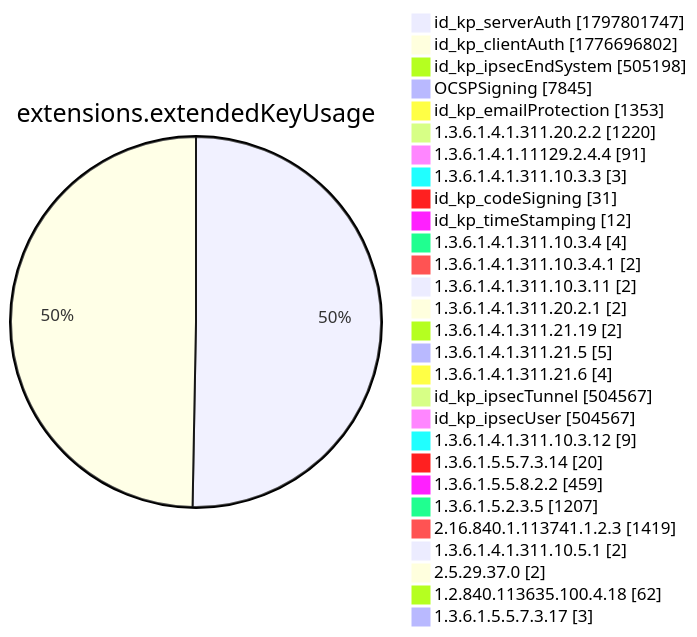
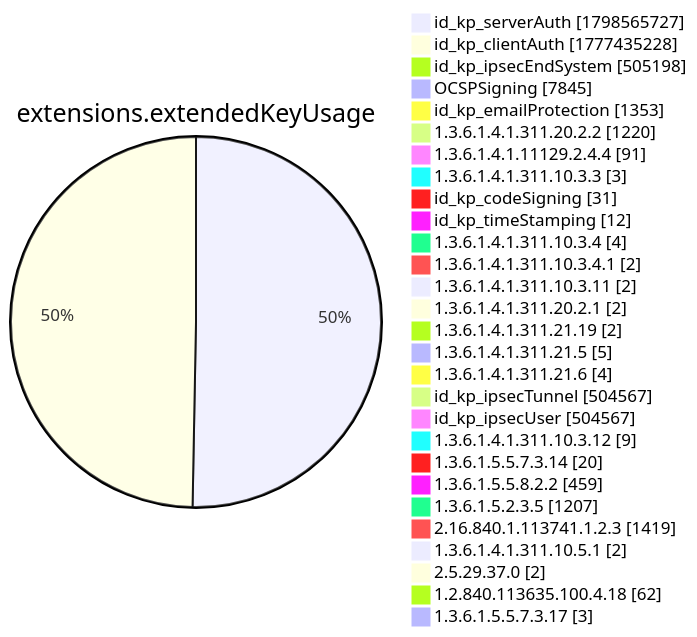
Diagram 12 of 15 in xenon2022/README.md (christiankrug/ctmonitor_visualization), drawn with Mermaid before and after one commit. The commit also changed other lines of this file, not shown here.

````diff
--- a/xenon2022/README.md
+++ b/xenon2022/README.md
@@ -3895,32 +3895,32 @@
 ```mermaid
 pie showData
 title extensions.extendedKeyUsage
-"id_kp_serverAuth" :1797801747
-"id_kp_clientAuth" :1776696802
+"id_kp_serverAuth" :1798565727
+"id_kp_clientAuth" :1777435228
 "id_kp_ipsecEndSystem" :505198
 "OCSPSigning" :7845
 "id_kp_emailProtection" :1353
 "1.3.6.1.4.1.311.20.2.2" :1220
 "1.3.6.1.4.1.11129.2.4.4" :91
 "1.3.6.1.4.1.311.10.3.3" :3
 "id_kp_codeSigning" :31
 "id_kp_timeStamping" :12
 "1.3.6.1.4.1.311.10.3.4" :4
 "1.3.6.1.4.1.311.10.3.4.1" :2
 "1.3.6.1.4.1.311.10.3.11" :2
 "1.3.6.1.4.1.311.20.2.1" :2
 "1.3.6.1.4.1.311.21.19" :2
 "1.3.6.1.4.1.311.21.5" :5
 "1.3.6.1.4.1.311.21.6" :4
 "id_kp_ipsecTunnel" :504567
 "id_kp_ipsecUser" :504567
 "1.3.6.1.4.1.311.10.3.12" :9
 "1.3.6.1.5.5.7.3.14" :20
 "1.3.6.1.5.5.8.2.2" :459
 "1.3.6.1.5.2.3.5" :1207
 "2.16.840.1.113741.1.2.3" :1419
 "1.3.6.1.4.1.311.10.5.1" :2
 "2.5.29.37.0" :2
 "1.2.840.113635.100.4.18" :62
 "1.3.6.1.5.5.7.3.17" :3
 ```
````
